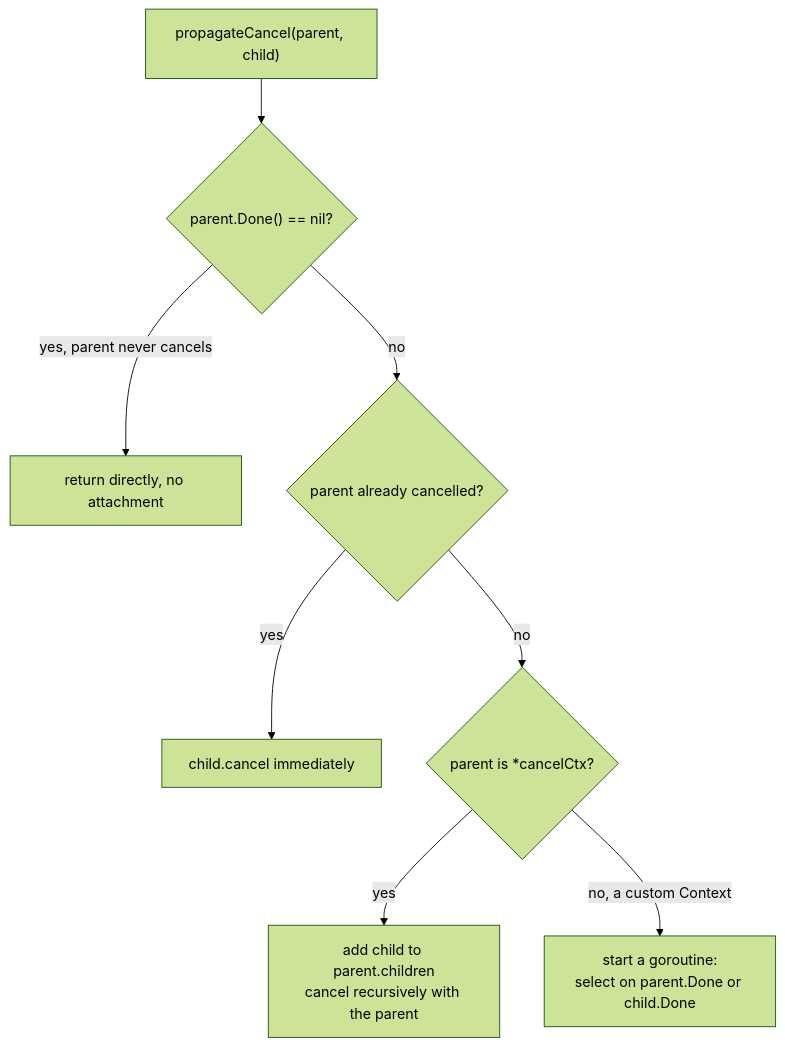
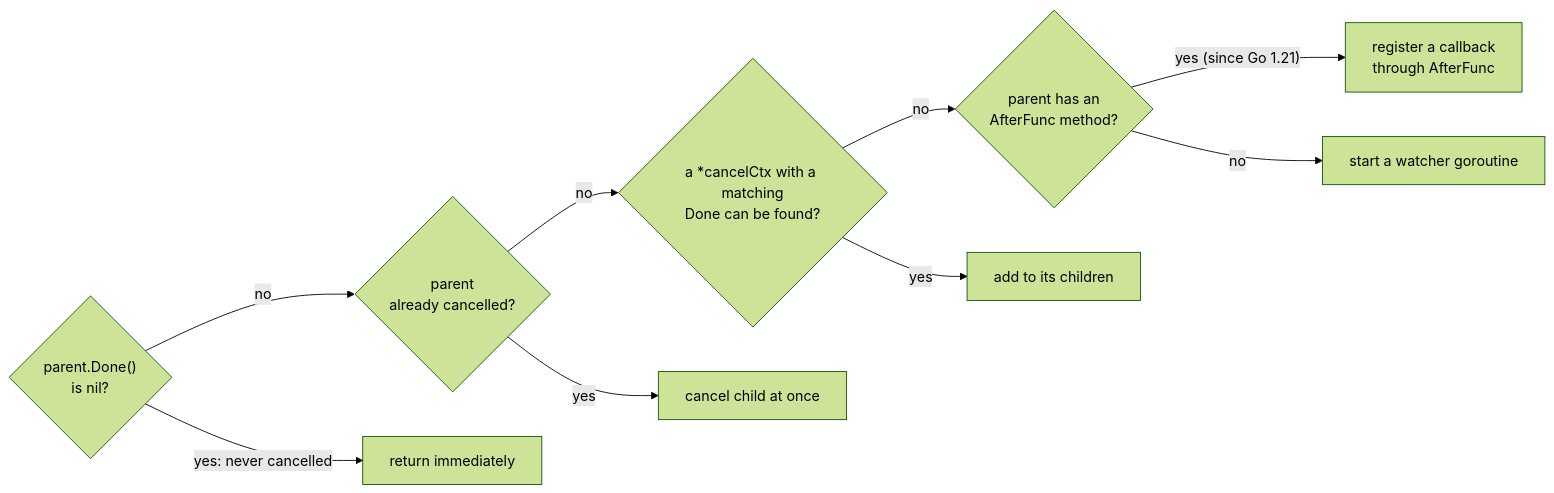
The first of 2 diagrams in book/en-us/part3concurrency/ch11sync/context.md (golang-design/under-the-hood), drawn with Mermaid (forest theme) before and after one commit. The commit also changed other lines of this file and 30 other files, not shown here.

````diff
--- a/book/en-us/part3concurrency/ch11sync/context.md
+++ b/book/en-us/part3concurrency/ch11sync/context.md
@@ -160,10 +242,11 @@
 ```mermaid
-flowchart TD
-    P["propagateCancel(parent, child)"] --> Q{"parent.Done() == nil?"}
-    Q -->|"yes, parent never cancels"| R["return directly, no attachment"]
-    Q -->|no| S{"parent already cancelled?"}
-    S -->|yes| T["child.cancel immediately"]
-    S -->|no| U{"parent is *cancelCtx?"}
-    U -->|yes| V["add child to parent.children<br/>cancel recursively with the parent"]
-    U -->|"no, a custom Context"| W["start a goroutine:<br/>select on parent.Done or child.Done"]
+flowchart LR
+    Q{"parent.Done()<br/>is nil?"} -->|no| S{"parent<br/>already cancelled?"}
+    S -->|no| U{"a *cancelCtx with a matching<br/>Done can be found?"}
+    U -->|no| W{"parent has an<br/>AfterFunc method?"}
+    Q -->|"yes: never cancelled"| R["return immediately"]
+    S -->|yes| T["cancel child at once"]
+    U -->|yes| V["add to its children"]
+    W -->|"yes (since Go 1.21)"| X["register a callback<br/>through AfterFunc"]
+    W -->|no| Y["start a watcher goroutine"]
 ```
````
